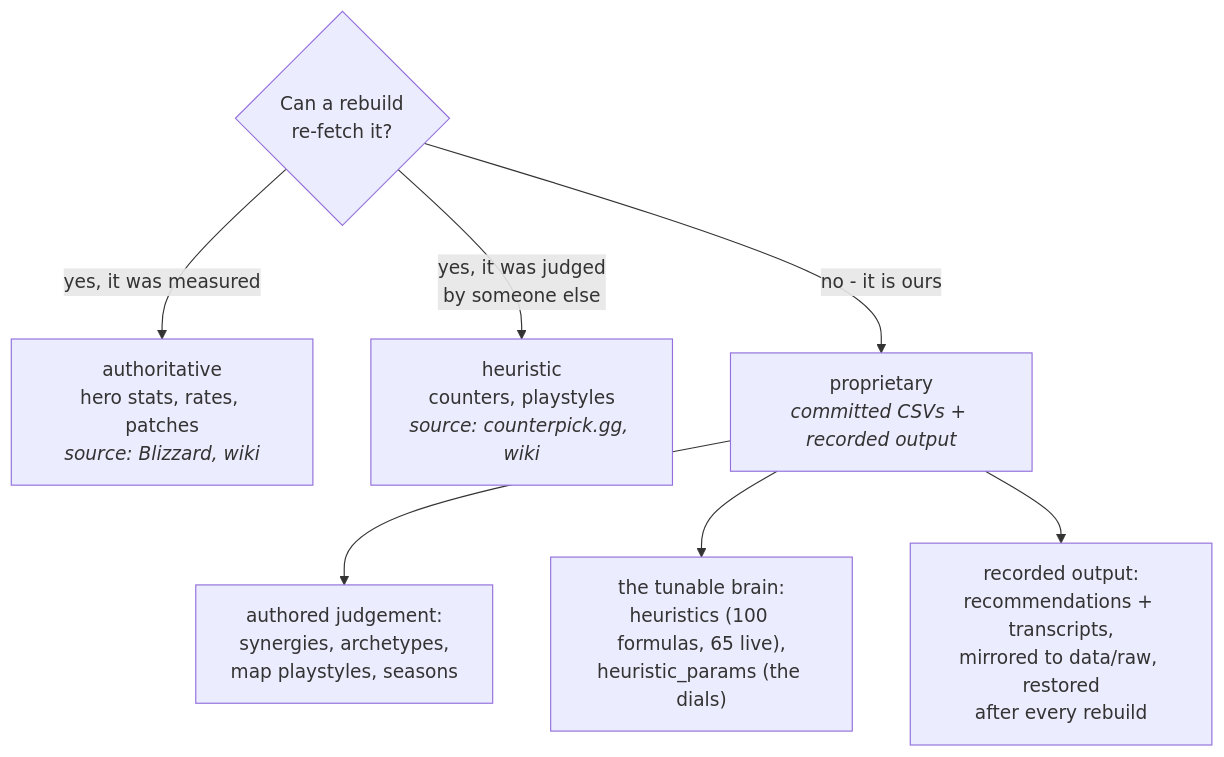
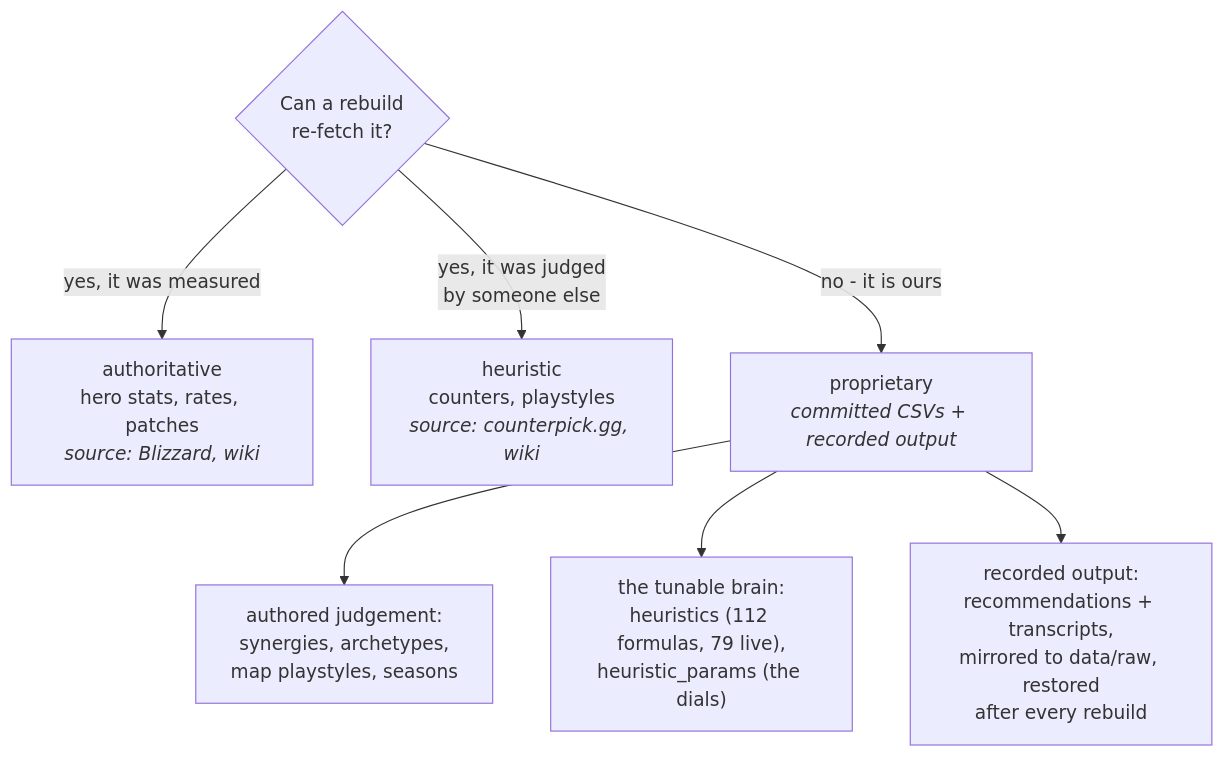
One commit to mmikol/counter-utility-matrix changed the fourth of 5 diagrams in docs/architecture.md. Above: the diagram before and after it, drawn with Mermaid. The commit also changed other lines of this file and 8 other files, not shown here.

````diff
--- a/docs/architecture.md
+++ b/docs/architecture.md
@@ -132,10 +132,10 @@
 ```mermaid
 flowchart TD
     Q{"Can a rebuild<br/>re-fetch it?"}
     Q -->|"yes, it was measured"| A["authoritative<br/>hero stats, rates, patches<br/><i>source: Blizzard, wiki</i>"]
     Q -->|"yes, it was judged<br/>by someone else"| H["heuristic<br/>counters, playstyles<br/><i>source: counterpick.gg, wiki</i>"]
     Q -->|"no - it is ours"| P["proprietary<br/><i>committed CSVs + recorded output</i>"]
     P --> P1["authored judgement:<br/>synergies, archetypes,<br/>map playstyles, seasons"]
-    P --> P2["the tunable brain:<br/>heuristics (100 formulas, 65 live),<br/>heuristic_params (the dials)"]
+    P --> P2["the tunable brain:<br/>heuristics (112 formulas, 79 live),<br/>heuristic_params (the dials)"]
     P --> P3["recorded output:<br/>recommendations + transcripts,<br/>mirrored to data/raw, restored<br/>after every rebuild"]
 ```
````
